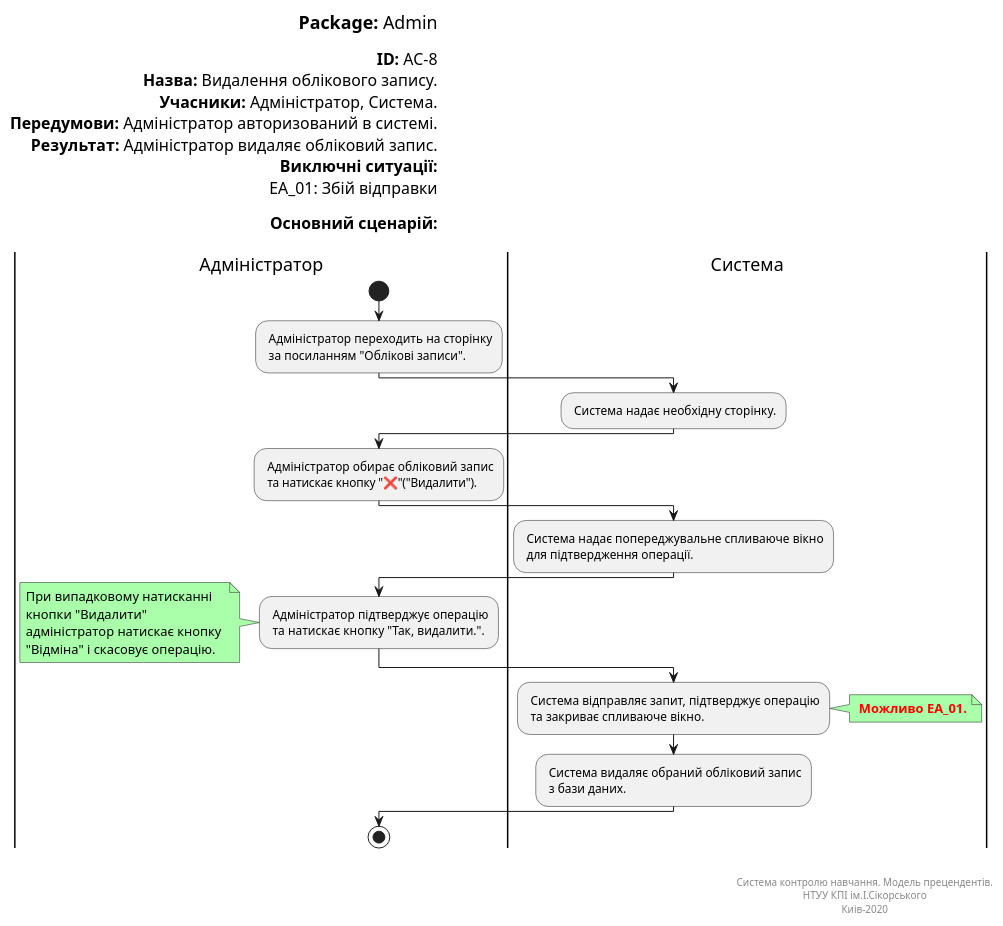
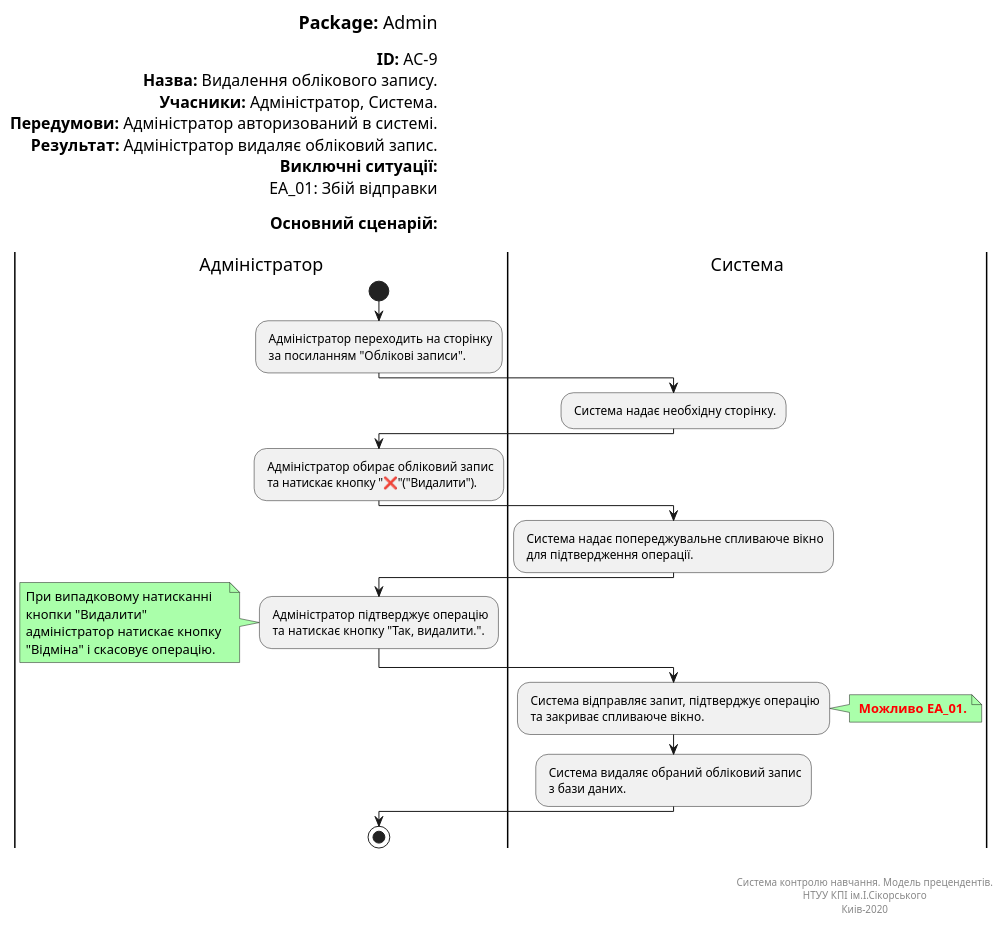
The diagram in docs/UML_Diagrams/scenarios/admin/src/delete_user.pu (vladlinu/TeamOne), drawn with PlantUML before and after one commit. The commit also changed 18 other files, not shown here.

```diff
--- a/docs/UML_Diagrams/scenarios/admin/src/delete_user.pu
+++ b/docs/UML_Diagrams/scenarios/admin/src/delete_user.pu
@@ -1,65 +1,65 @@
 @startuml
 left header
 <font color=000 size=18><b>Package:</b> Admin
 
-<font color=000 size=16><b>ID:</b> AC-8
+<font color=000 size=16><b>ID:</b> AC-9
 <font color=000 size=16><b>Назва:</b> Видалення облікового запису.
 <font color=000 size=16><b>Учасники:</b> Адміністратор, Система.
 <font color=000 size=16><b>Передумови:</b> Адміністратор авторизований в системі.
 <font color=000 size=16><b>Результат:</b> Адміністратор видаляє обліковий запис.
 <font color=000 size=16><b>Виключні ситуації:</b>
 <font color=000 size=16> EA_01: Збій відправки
 
 <font color=000 size=16><b>Основний сценарій:</b>
 
 end header
 
 |Адміністратор|
 start
 : Адміністратор переходить на сторінку 
  за посиланням "Облікові записи".;
 
 |Система|
 : Система надає необхідну сторінку.;
 
 |Адміністратор|
 : Адміністратор обирає обліковий запис
  та натискає кнопку "❌"("Видалити").;
 
 |Система|
 : Система надає попереджувальне спливаюче вікно
  для підтвердження операції.;
 
 |Адміністратор|
 : Адміністратор підтверджує операцію
  та натискає кнопку "Так, видалити.".;
 
 note left #aaffaa
 При випадковому натисканні 
 кнопки "Видалити"
 адміністратор натискає кнопку 
 "Відміна" і скасовує операцію.
 end note
 
 |Система|
 : Система відправляє запит, підтверджує операцію
  та закриває спливаюче вікно.;
 
 note right #aaffaa
 <font color=red><b> Можливо EA_01.
 end note
 
 : Система видаляє обраний обліковий запис
  з бази даних.;
 
 |Адміністратор|
 stop;
 
 right footer
 
 
 Система контролю навчання. Модель прецендентів.
 НТУУ КПІ ім.І.Сікорського
 Киів-2020
 end footer
 @enduml
```
